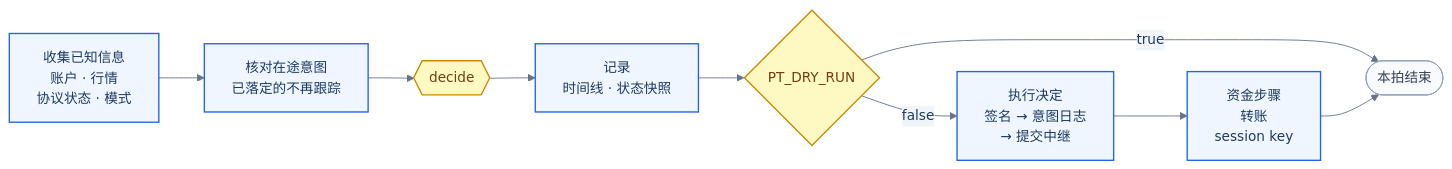
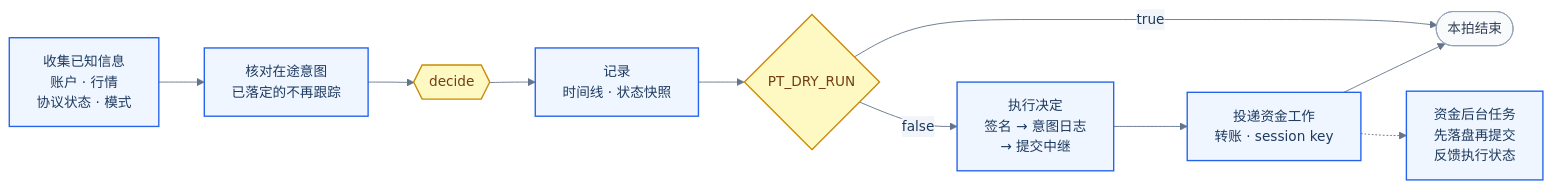
One commit to AnalyThothAI/papertrade-rust changed the second of 4 diagrams in README.md. Above: the diagram before and after it, drawn with Mermaid. The commit also changed other lines of this file and 20 other files, not shown here.

````diff
--- a/README.md
+++ b/README.md
@@ -130,30 +130,31 @@
 ```mermaid
 ---
 config:
   theme: base
   themeVariables:
     fontSize: 15px
     primaryColor: "#eff6ff"
     primaryTextColor: "#1e3a5f"
     primaryBorderColor: "#2563eb"
     lineColor: "#64748b"
     edgeLabelBackground: "#f1f5f9"
 ---
 flowchart LR
     accTitle: 运行循环的一拍
-    accDescr: 每一拍收集输入、核对在途意图、决策、记录；非 dry run 时再执行决定并处理资金步骤。
+    accDescr: 每一拍收集输入、核对在途意图、决策、记录；非 dry run 时执行交易决定，并向后台资金任务投递工作。
     GATHER["收集已知信息<br/>账户 · 行情<br/>协议状态 · 模式"] --> TRACK["核对在途意图<br/>已落定的不再跟踪"]
     TRACK --> DECIDE{{"decide"}}
     DECIDE --> RECORD["记录<br/>时间线 · 状态快照"]
     RECORD --> DRY{"PT_DRY_RUN"}
     DRY -- "true" --> DONE(["本拍结束"])
     DRY -- "false" --> EXEC["执行决定<br/>签名 → 意图日志<br/>→ 提交中继"]
-    EXEC --> FUNDS["资金步骤<br/>转账<br/>session key"]
+    EXEC --> FUNDS["投递资金工作<br/>转账 · session key"]
     FUNDS --> DONE
-    class GATHER,TRACK,RECORD,EXEC,FUNDS core
+    FUNDS -.-> OWNER["资金后台任务<br/>先落盘再提交<br/>反馈执行状态"]
+    class GATHER,TRACK,RECORD,EXEC,FUNDS,OWNER core
     class DECIDE,DRY choice
     class DONE done
     classDef core fill:#eff6ff,stroke:#2563eb,color:#1e3a5f,stroke-width:1.5px
     classDef choice fill:#fef9c3,stroke:#ca8a04,color:#713f12,stroke-width:1.5px
     classDef done fill:#f8fafc,stroke:#94a3b8,color:#334155
 ```
````
